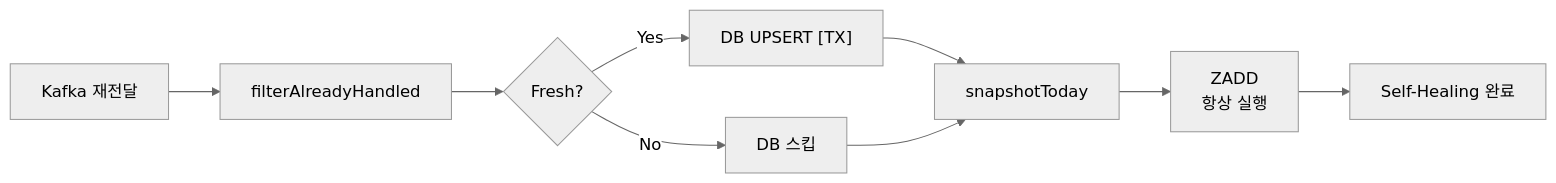
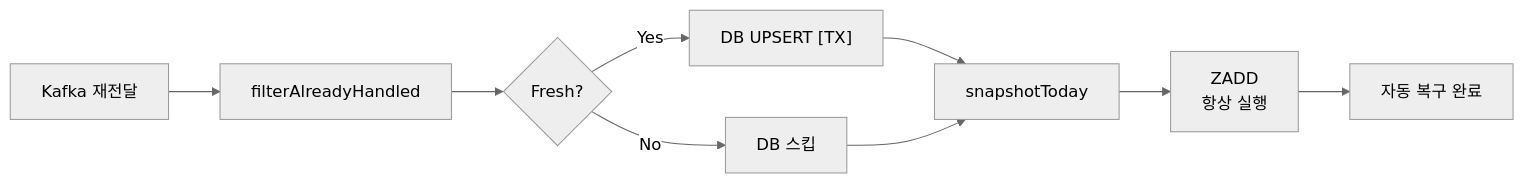
The fourth of 4 diagrams in docs/week9/pr.md (Loopers-dev-lab/loop-pack-be-l2-vol3-java), drawn with Mermaid (neutral theme) before and after one commit. The commit also changed other lines of this file and 12 other files, not shown here.

````diff
--- a/docs/week9/pr.md
+++ b/docs/week9/pr.md
@@ -237,11 +237,11 @@
 ```mermaid
 flowchart LR
   A["Kafka 재전달"] --> B["filterAlreadyHandled"]
   B --> C{"Fresh?"}
   C -->|Yes| D["DB UPSERT [TX]"]
   C -->|No| E["DB 스킵"]
   D --> F["snapshotToday"]
   E --> F
   F --> G["ZADD\n항상 실행"]
-  G --> H["Self-Healing 완료"]
+  G --> H["자동 복구 완료"]
 ```
````
